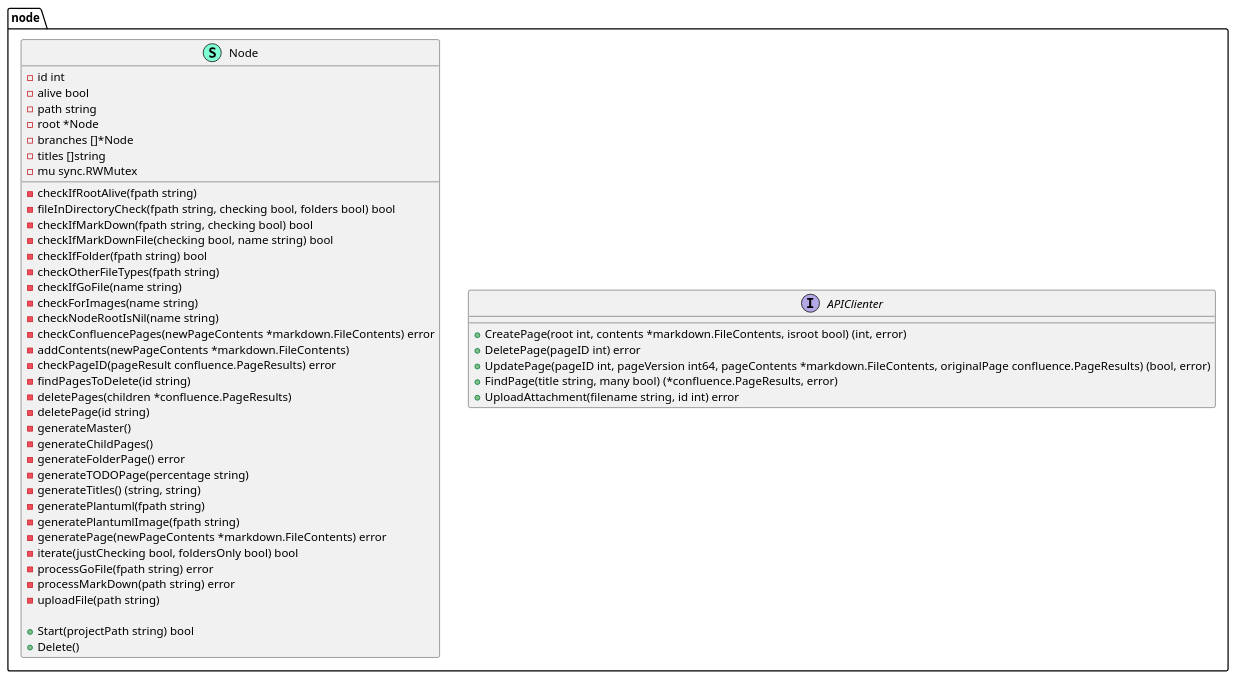
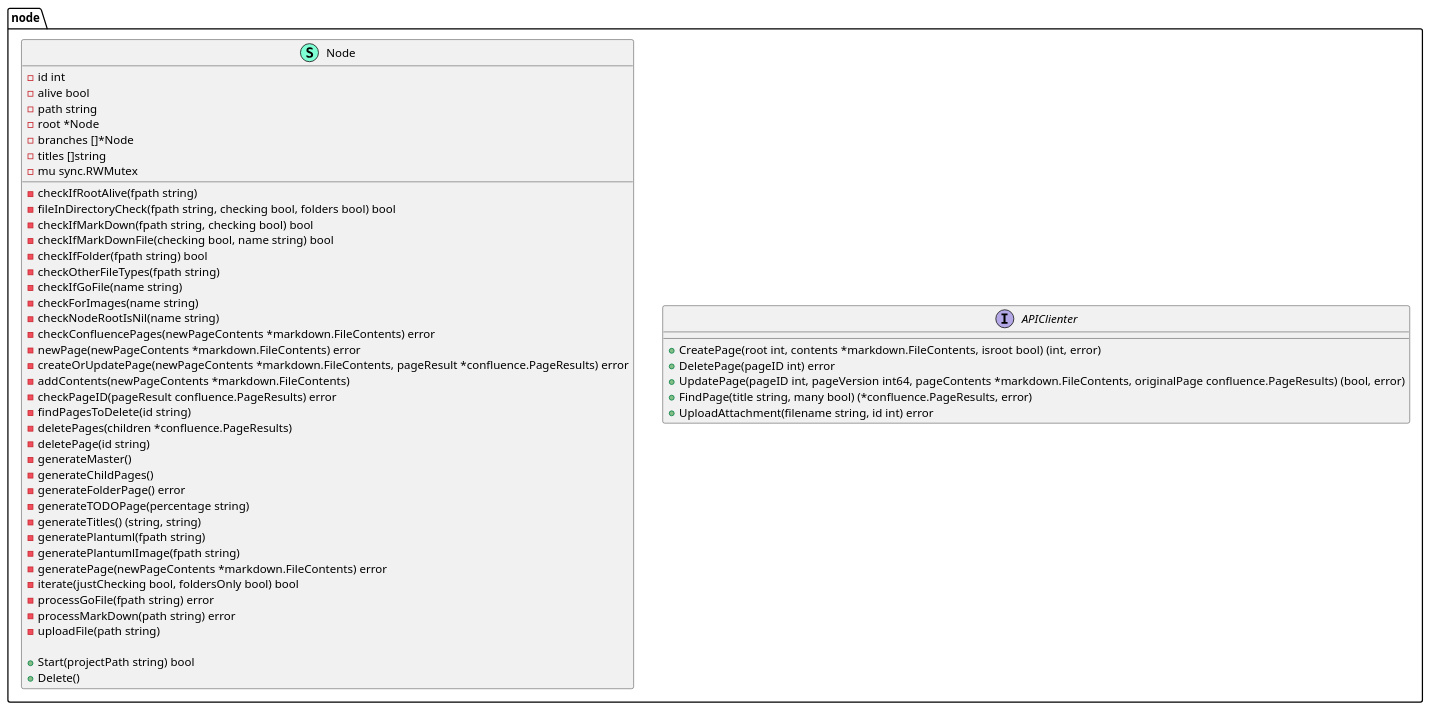
Before and after one commit to xiatechs/markdown-to-confluence: the diagram in node/node-pumldiagram.puml, drawn with PlantUML. The commit also changed 11 other files, not shown here.

```diff
--- a/node/node-pumldiagram.puml
+++ b/node/node-pumldiagram.puml
@@ -1,55 +1,57 @@
 @startuml
 namespace node {
     interface APIClienter  {
         + CreatePage(root int, contents *markdown.FileContents, isroot bool) (int, error)
         + DeletePage(pageID int) error
         + UpdatePage(pageID int, pageVersion int64, pageContents *markdown.FileContents, originalPage confluence.PageResults) (bool, error)
         + FindPage(title string, many bool) (*confluence.PageResults, error)
         + UploadAttachment(filename string, id int) error
 
     }
     class Node << (S,Aquamarine) >> {
         - id int
         - alive bool
         - path string
         - root *Node
         - branches []*Node
         - titles []string
         - mu sync.RWMutex
 
         - checkIfRootAlive(fpath string) 
         - fileInDirectoryCheck(fpath string, checking bool, folders bool) bool
         - checkIfMarkDown(fpath string, checking bool) bool
         - checkIfMarkDownFile(checking bool, name string) bool
         - checkIfFolder(fpath string) bool
         - checkOtherFileTypes(fpath string) 
         - checkIfGoFile(name string) 
         - checkForImages(name string) 
         - checkNodeRootIsNil(name string) 
         - checkConfluencePages(newPageContents *markdown.FileContents) error
+        - newPage(newPageContents *markdown.FileContents) error
+        - createOrUpdatePage(newPageContents *markdown.FileContents, pageResult *confluence.PageResults) error
         - addContents(newPageContents *markdown.FileContents) 
         - checkPageID(pageResult confluence.PageResults) error
         - findPagesToDelete(id string) 
         - deletePages(children *confluence.PageResults) 
         - deletePage(id string) 
         - generateMaster() 
         - generateChildPages() 
         - generateFolderPage() error
         - generateTODOPage(percentage string) 
         - generateTitles() (string, string)
         - generatePlantuml(fpath string) 
         - generatePlantumlImage(fpath string) 
         - generatePage(newPageContents *markdown.FileContents) error
         - iterate(justChecking bool, foldersOnly bool) bool
         - processGoFile(fpath string) error
         - processMarkDown(path string) error
         - uploadFile(path string) 
 
         + Start(projectPath string) bool
         + Delete() 
 
     }
 }
 
 
 @enduml
```
